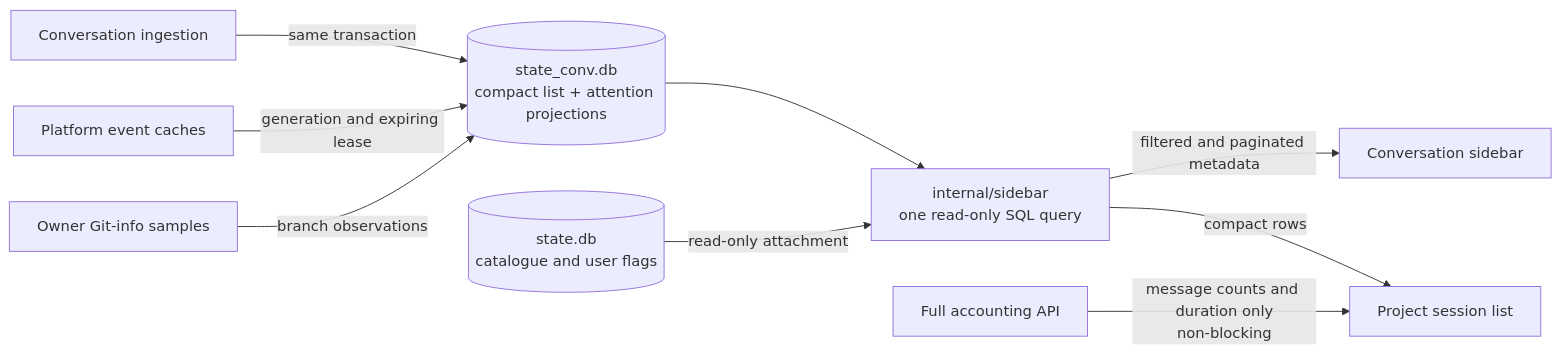
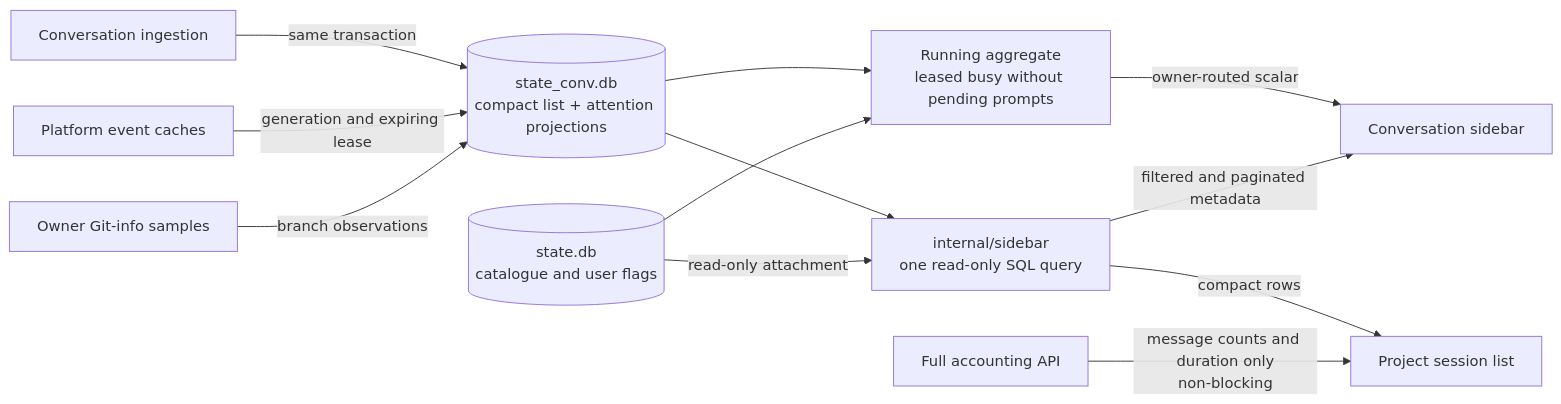
Before and after one commit to ocman/ocman: the third of 7 diagrams in docs/other/architecture-history.md, drawn with Mermaid. The commit also changed other lines of this file and 89 other files, not shown here.

````diff
--- a/docs/other/architecture-history.md
+++ b/docs/other/architecture-history.md
@@ -368,11 +368,14 @@
 ```mermaid
 flowchart LR
     Import[Conversation ingestion] -->|same transaction| List[(state_conv.db<br/>compact list + attention projections)]
     Events[Platform event caches] -->|generation and expiring lease| List
     Git[Owner Git-info samples] -->|branch observations| List
     List --> Query[internal/sidebar<br/>one read-only SQL query]
     Core[(state.db<br/>catalogue and user flags)] -->|read-only attachment| Query
+    List --> Count[Running aggregate<br/>leased busy without pending prompts]
+    Core --> Count
+    Count -->|owner-routed scalar| UI
     Query -->|filtered and paginated metadata| UI[Conversation sidebar]
     Query -->|compact rows| Project[Project session list]
     Accounting[Full accounting API] -->|message counts and duration only<br/>non-blocking| Project
 ```
````
